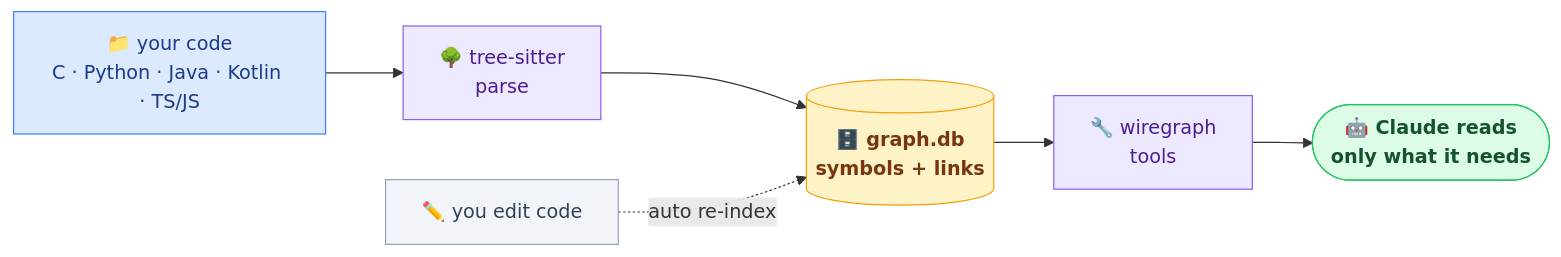
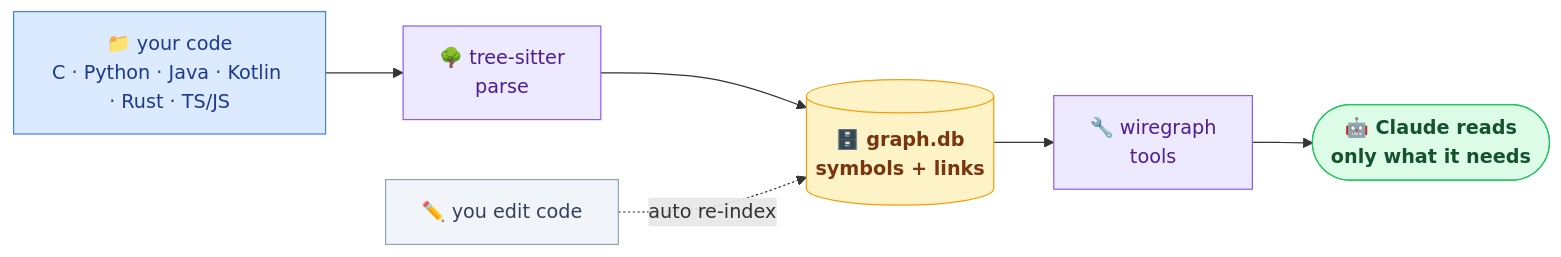
One commit to kaleLetendre/wiregraph changed the second of 3 diagrams in README.md. Above: the diagram before and after it, drawn with Mermaid. The commit also changed other lines of this file and 127 other files, not shown here.

````diff
--- a/README.md
+++ b/README.md
@@ -52,11 +52,11 @@
 ```mermaid
 flowchart LR
-  src["📁 your code<br/>C · Python · Java · Kotlin · TS/JS"]:::src --> ts["🌳 tree-sitter<br/>parse"]:::proc --> db[("🗄️ graph.db<br/>symbols + links")]:::store
+  src["📁 your code<br/>C · Python · Java · Kotlin · Rust · TS/JS"]:::src --> ts["🌳 tree-sitter<br/>parse"]:::proc --> db[("🗄️ graph.db<br/>symbols + links")]:::store
   db --> mcp["🔧 wiregraph<br/>tools"]:::proc --> claude(["🤖 Claude reads<br/>only what it needs"]):::ai
   edit["✏️ you edit code"]:::edit -. auto re-index .-> db
   classDef src fill:#dbeafe,stroke:#3b82f6,color:#1e3a8a
   classDef proc fill:#ede9fe,stroke:#8b5cf6,color:#4c1d95
   classDef store fill:#fef3c7,stroke:#f59e0b,color:#78350f,font-weight:bold
   classDef ai fill:#dcfce7,stroke:#22c55e,color:#14532d,font-weight:bold
   classDef edit fill:#f1f5f9,stroke:#94a3b8,color:#334155
 ```
````
